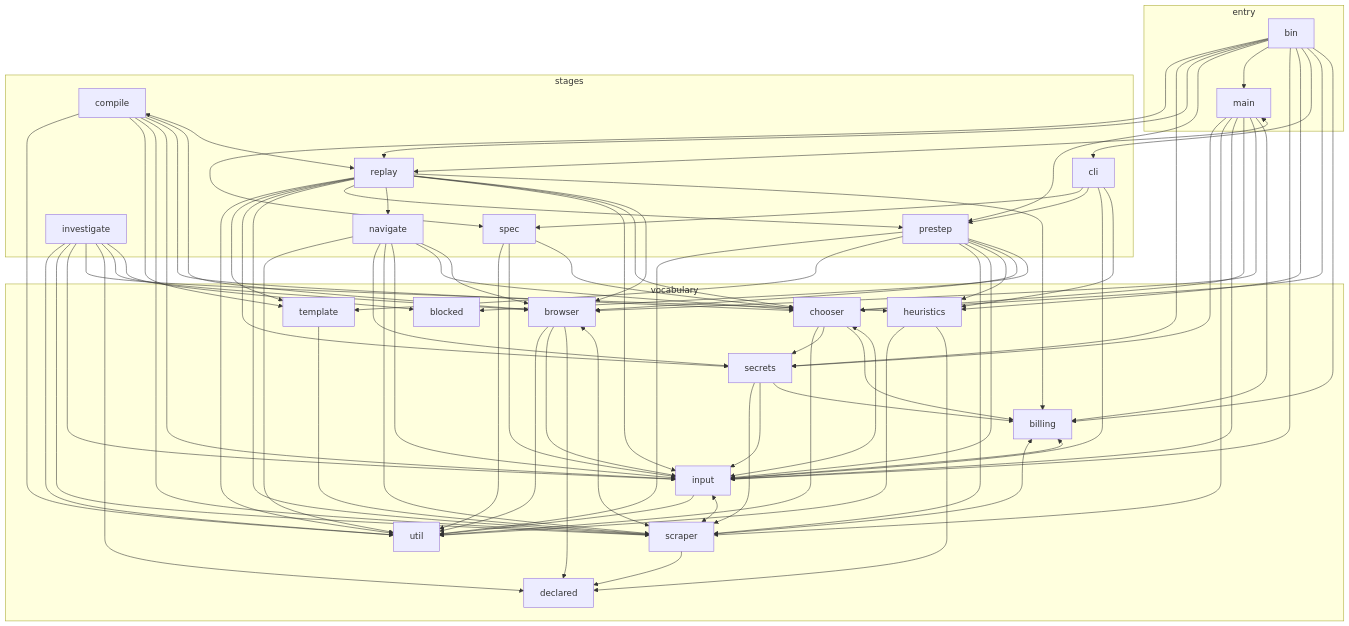
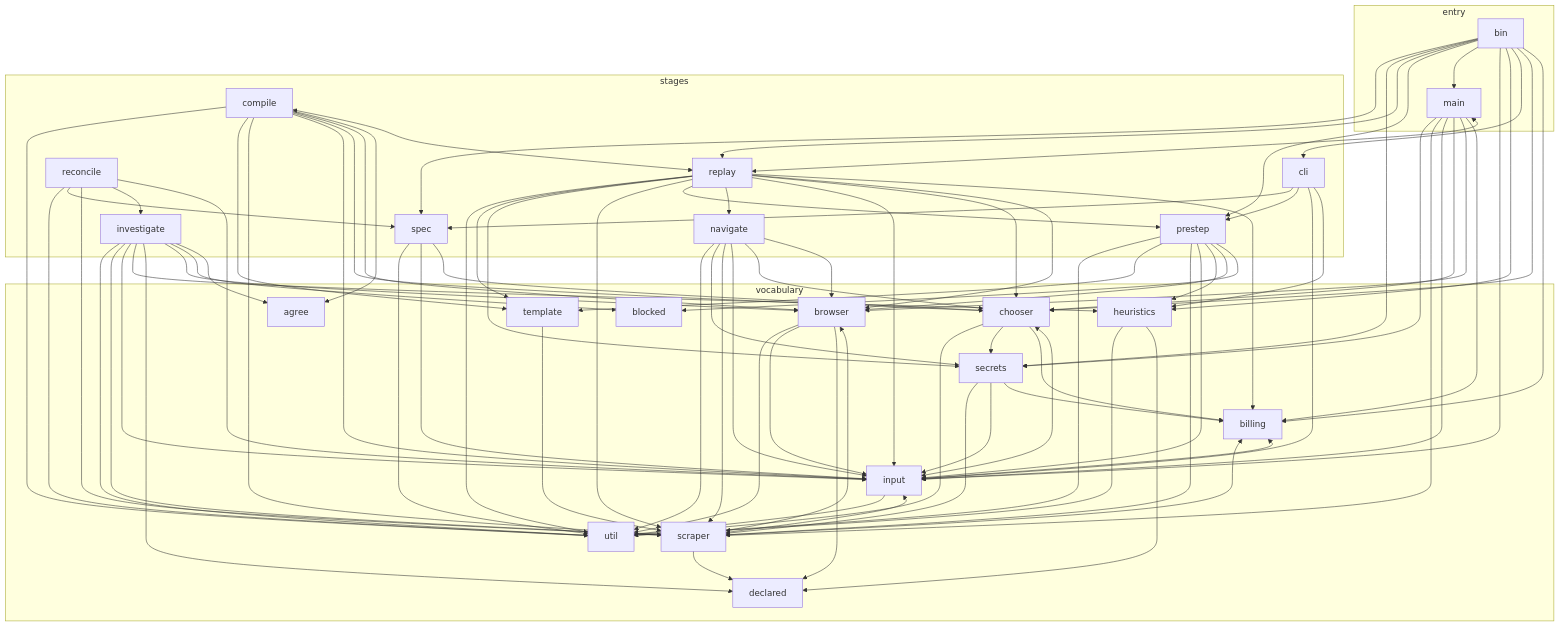
One commit to fellowship-dev/navvi changed the diagram in docs/architecture.md. Above: the diagram before and after it, drawn with Mermaid. The commit also changed other lines of this file and 4 other files, not shown here.

```diff
--- a/docs/architecture.md
+++ b/docs/architecture.md
@@ -26,6 +26,7 @@
     spec
     cli
     investigate
+    reconcile
     compile
     replay
     navigate
@@ -35,6 +36,7 @@
     input
     scraper
     declared
+    agree
     browser
     chooser
     blocked
@@ -71,6 +73,7 @@
   cli --> input
   cli --> prestep
   cli --> spec
+  compile --> agree
   compile --> browser
   compile --> chooser
   compile --> input
@@ -80,6 +83,7 @@
   heuristics --> declared
   heuristics --> util
   input --> util
+  investigate --> agree
   investigate --> blocked
   investigate --> browser
   investigate --> declared
@@ -106,6 +110,11 @@
   prestep --> scraper
   prestep --> template
   prestep --> util
+  reconcile --> input
+  reconcile --> investigate
+  reconcile --> scraper
+  reconcile --> spec
+  reconcile --> util
   replay --> billing
   replay --> browser
   replay --> chooser
```
